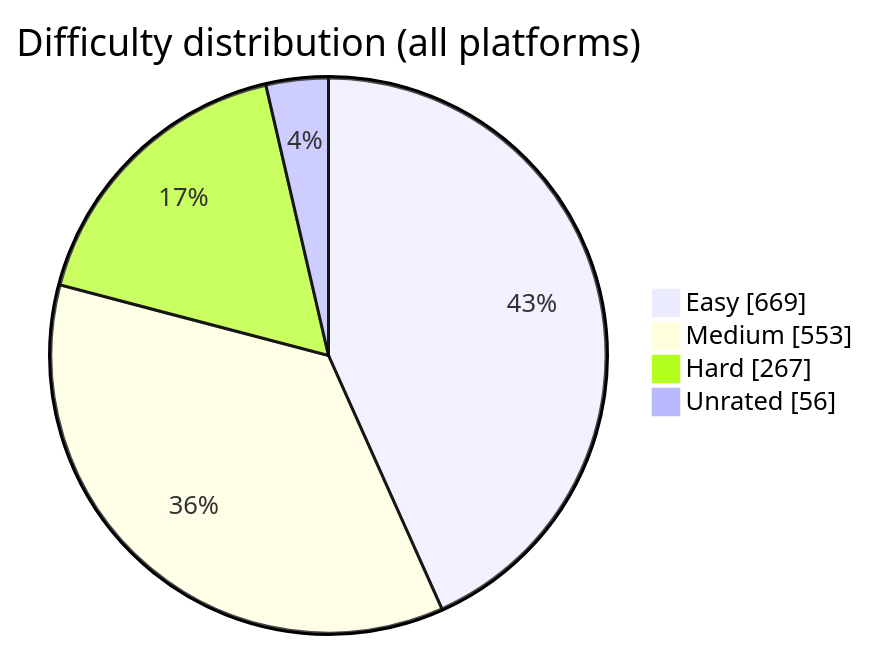
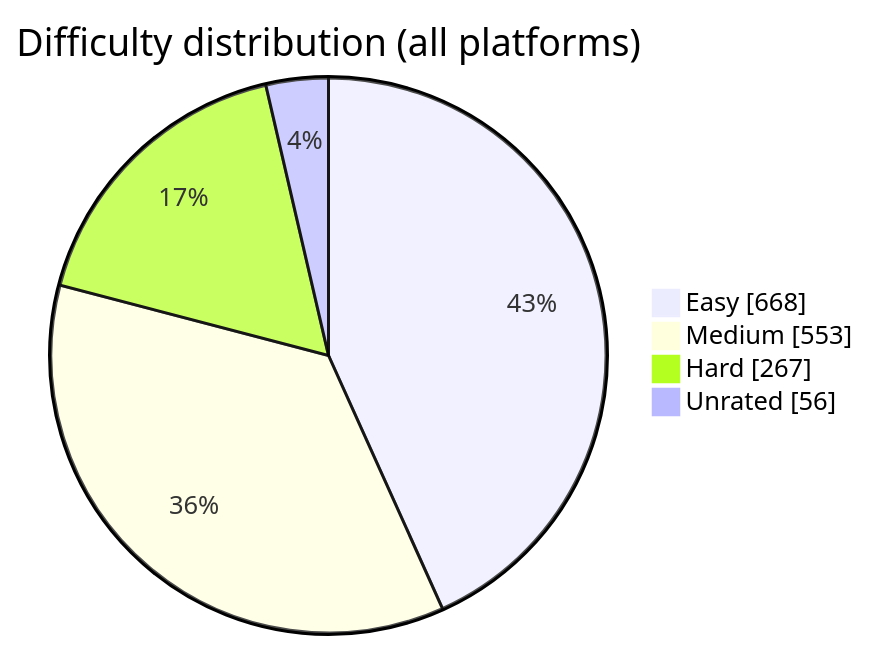
Before and after one commit to BuildbyArindam/Daily-Coding-Log: the diagram in README.md, drawn with Mermaid. The commit also changed other lines of this file, not shown here.

````diff
--- a/README.md
+++ b/README.md
@@ -93,7 +93,7 @@
 ```mermaid
 pie showData title Difficulty distribution (all platforms)
-    "Easy" : 669
+    "Easy" : 668
     "Medium" : 553
     "Hard" : 267
     "Unrated" : 56
 ```
````
